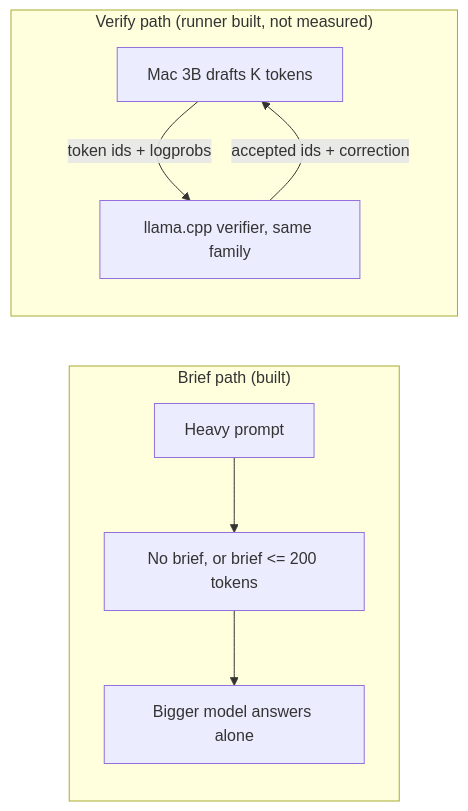
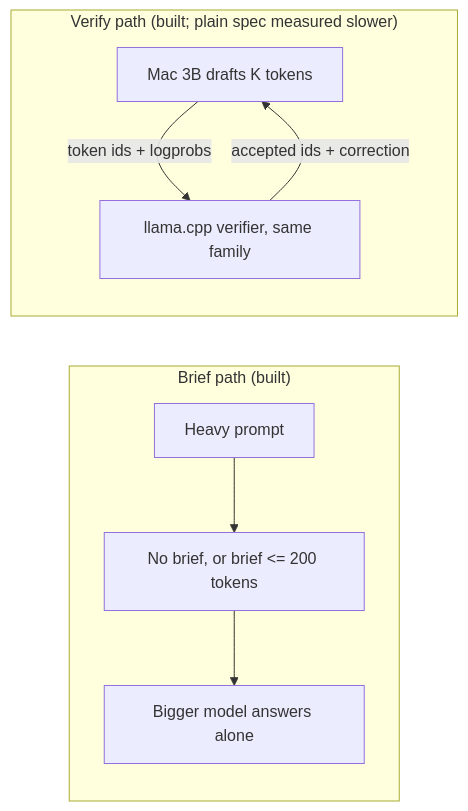
One commit to manvendersingh21/tremor-core changed the second of 2 diagrams in .kiro/specs/chimera-speculative-os/design.md. Above: the diagram before and after it, drawn with Mermaid. The commit also changed other lines of this file and 10 other files, not shown here.

Commit message:
docs: sync README, architecture, site posters, HUD copy and .kiro with measured results (ladder, spec, Spec+, shared cache, Modal)

````diff
--- a/.kiro/specs/chimera-speculative-os/design.md
+++ b/.kiro/specs/chimera-speculative-os/design.md
@@ -21,10 +21,10 @@
 ```mermaid
 flowchart LR
     subgraph BP["Brief path (built)"]
       B1[Heavy prompt] --> B2[No brief, or brief <= 200 tokens] --> B3[Bigger model answers alone]
     end
-    subgraph VP["Verify path (runner built, not measured)"]
+    subgraph VP["Verify path (built; plain spec measured slower)"]
       V1[Mac 3B drafts K tokens] -- token ids + logprobs --> V2[llama.cpp verifier, same family]
       V2 -- accepted ids + correction --> V1
     end
 ```
````
